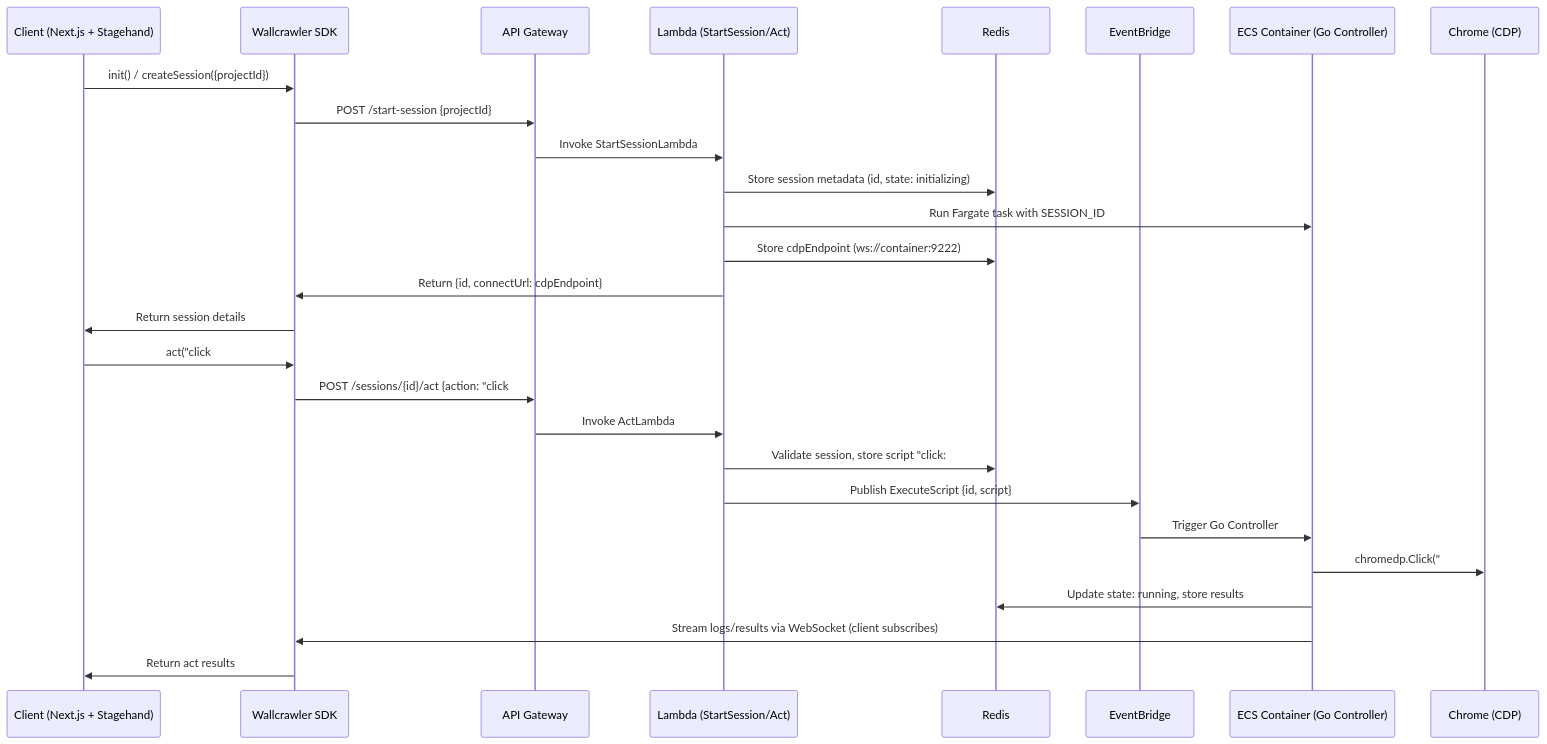
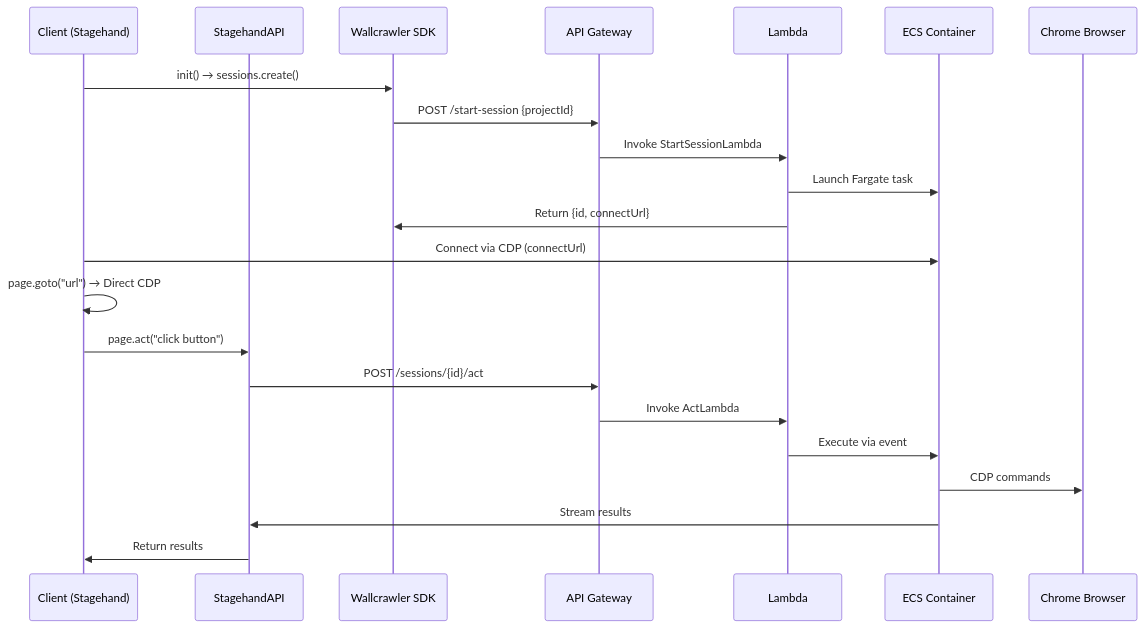
One commit to Volpestyle/wallcrawler changed the second of 2 diagrams in docs/wallcrawler-design-doc.md. Above: the diagram before and after it, drawn with Mermaid. The commit also changed other lines of this file and 18 other files, not shown here.

Commit message:
adapt Stagehand for Wallcrawler, improve Wallcrawler SDK so it can integrate with Stagehand

````diff
--- a/docs/wallcrawler-design-doc.md
+++ b/docs/wallcrawler-design-doc.md
@@ -160,31 +172,27 @@
 ```mermaid
 sequenceDiagram
-    participant Client as Client (Next.js + Stagehand)
+    participant Client as Client (Stagehand)
+    participant StagehandAPI as StagehandAPI
     participant SDK as Wallcrawler SDK
     participant API as API Gateway
-    participant Lambda as Lambda (StartSession/Act)
-    participant Redis as Redis
-    participant EventBridge as EventBridge
-    participant ECS as ECS Container (Go Controller)
-    participant Chrome as Chrome (CDP)
+    participant Lambda as Lambda
+    participant ECS as ECS Container
+    participant Chrome as Chrome Browser
 
-    Client->>SDK: init() / createSession({projectId})
+    Client->>SDK: init() → sessions.create()
     SDK->>API: POST /start-session {projectId}
     API->>Lambda: Invoke StartSessionLambda
-    Lambda->>Redis: Store session metadata (id, state: initializing)
-    Lambda->>ECS: Run Fargate task with SESSION_ID
-    Lambda->>Redis: Store cdpEndpoint (ws://container:9222)
-    Lambda->>SDK: Return {id, connectUrl: cdpEndpoint}
-    SDK->>Client: Return session details
+    Lambda->>ECS: Launch Fargate task
+    Lambda->>SDK: Return {id, connectUrl}
 
-    Client->>SDK: act("click #button")
-    SDK->>API: POST /sessions/{id}/act {action: "click #button"}
+    Client->>ECS: Connect via CDP (connectUrl)
+    Client->>Client: page.goto("url") → Direct CDP
+
+    Client->>StagehandAPI: page.act("click button")
+    StagehandAPI->>API: POST /sessions/{id}/act
     API->>Lambda: Invoke ActLambda
-    Lambda->>Redis: Validate session, store script "click:#button"
-    Lambda->>EventBridge: Publish ExecuteScript {id, script}
-    EventBridge->>ECS: Trigger Go Controller
-    ECS->>Chrome: chromedp.Click("#button")
-    ECS->>Redis: Update state: running, store results
-    ECS->>SDK: Stream logs/results via WebSocket (client subscribes)
-    SDK->>Client: Return act results
+    Lambda->>ECS: Execute via event
+    ECS->>Chrome: CDP commands
+    ECS->>StagehandAPI: Stream results
+    StagehandAPI->>Client: Return results
 ```
````
